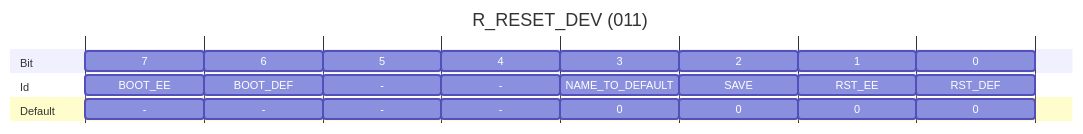
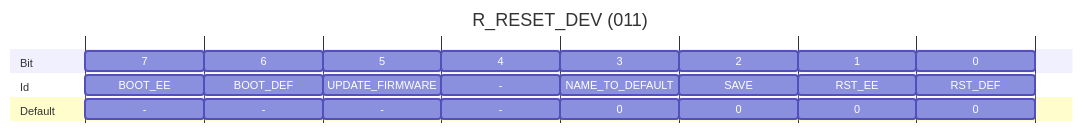
One commit to harp-tech/protocol changed the fifth of 19 diagrams in Device.md. Above: the diagram before and after it, drawn with Mermaid. The commit also changed other lines of this file and 1 other file, not shown here.

First line of the commit message:
Add ability to trigger firmware update mode from Harp protocol (#166)

````diff
--- a/Device.md
+++ b/Device.md
@@ -257,38 +257,38 @@
 ```mermaid
 ---
 displayMode: compact
 ---
 gantt
     title R_RESET_DEV (011)
     dateFormat X
     axisFormat %
 
     section Bit
     7      :bit7, 0, 1
     6      :bit6, after bit7  , 2
     5      :bit5, after bit6  , 3
     4      :bit4, after bit5  , 4
     3      :bit3, after bit4  , 5
     2      :bit2, after bit3  , 6
     1      :bit1, after bit2  , 7
     0      :bit0, after bit1  , 8
     section Id
     BOOT_EE      :id7, 0, 1
     BOOT_DEF      :id6, after bit7  , 2
-    -      :id5, after bit6  , 3
+    UPDATE_FIRMWARE      :id5, after bit6  , 3
     -      :id4, after bit5  , 4
     NAME_TO_DEFAULT      :id3, after bit4  , 5
     SAVE      :id2, after bit3  , 6
     RST_EE      :id1, after id2  , 7
     RST_DEF      :id0, after id1  , 8
 
     section Default
     -      :d7, 0, 1
     -      :d6, after bit7  , 2
     -      :d5, after bit6  , 3
     -      :d4, after bit5  , 4
     0      :d3, after bit4  , 5
     0      :d2, after bit3  , 6
     0      :d1, after bit2  , 7
     0      :d0, after bit1  , 8
 ```
````
